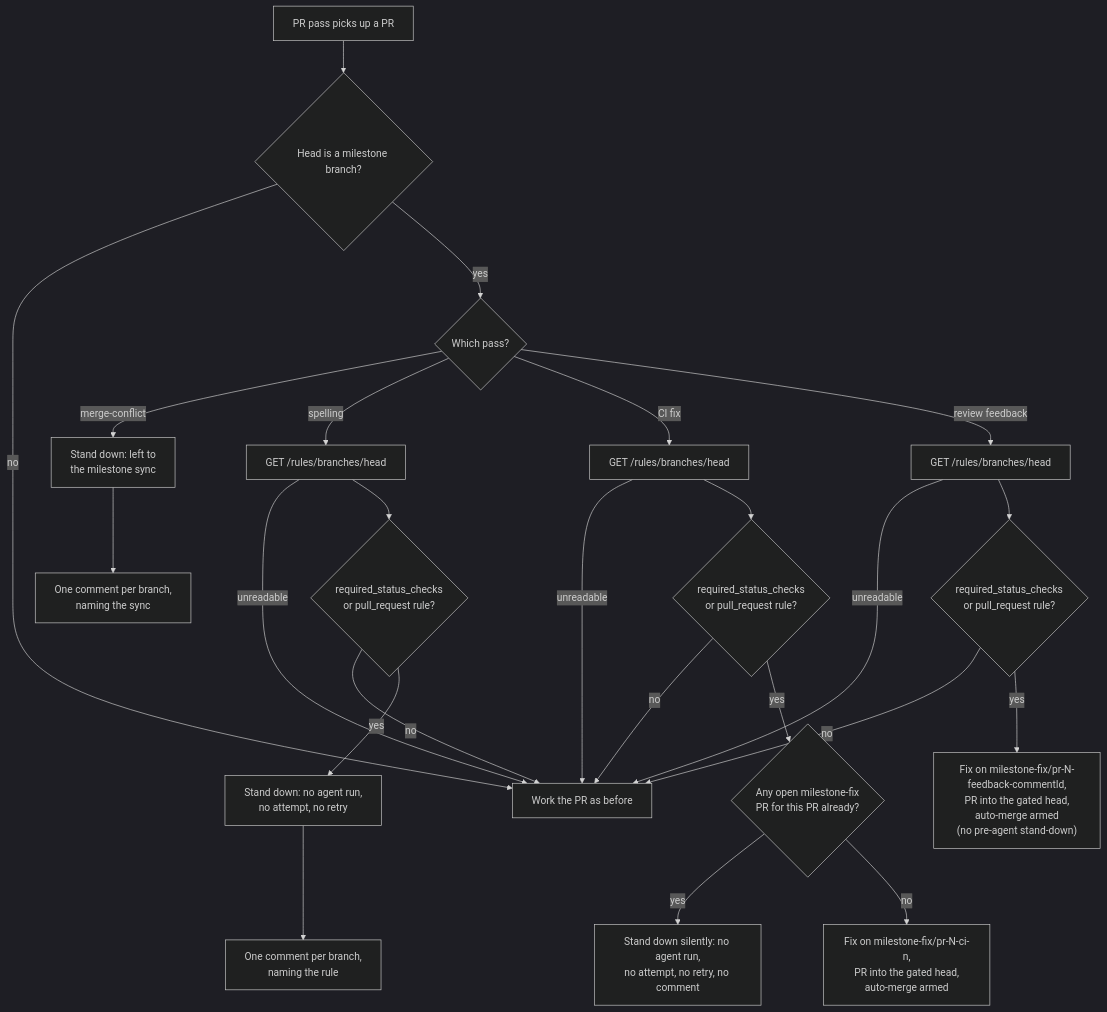
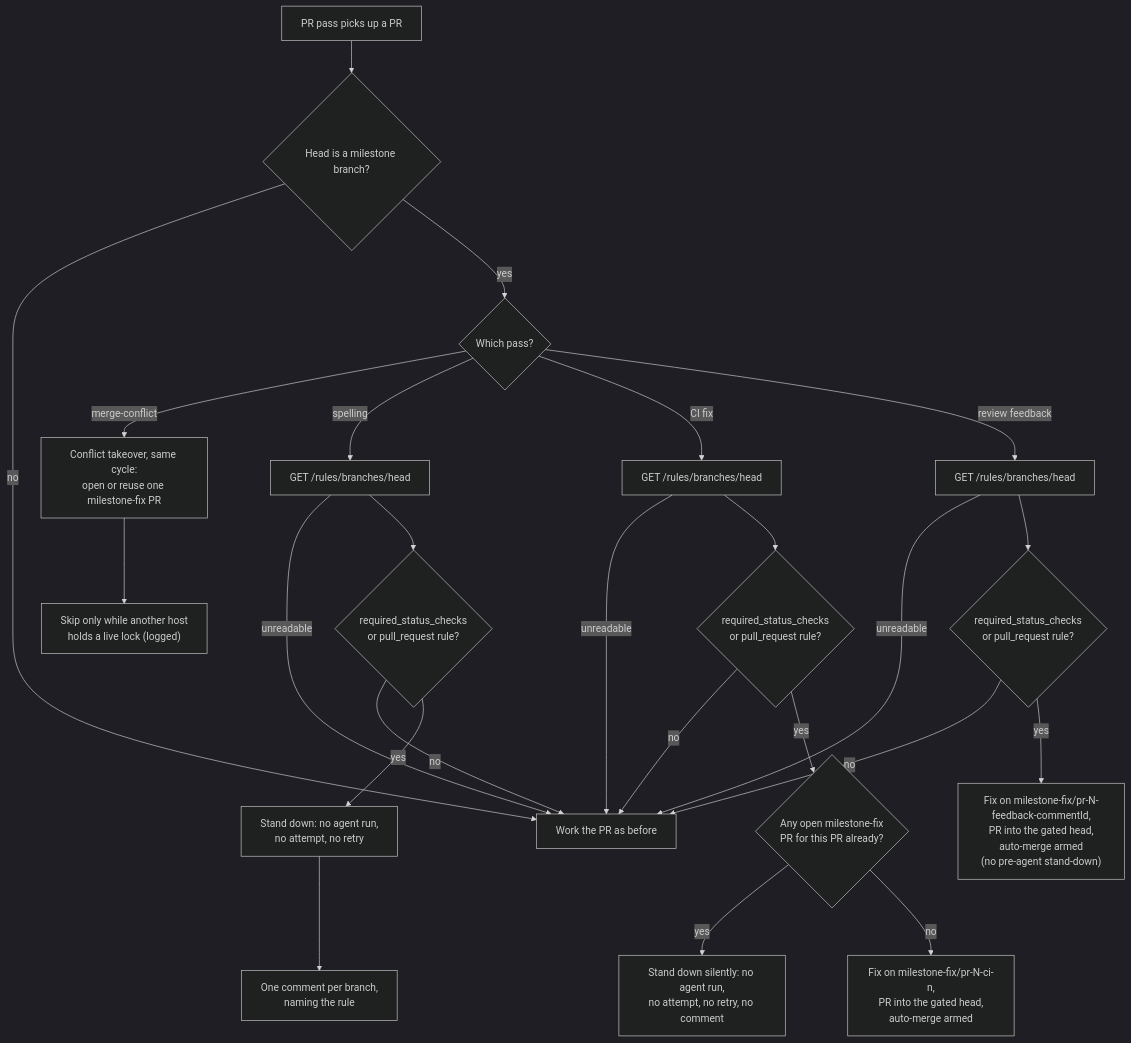
The tenth of 10 diagrams in docs/MERGE.md (stSoftwareAU/VibeCoder), drawn with Mermaid (dark theme) before and after one commit. The commit also changed other lines of this file and 12 other files, not shown here.

````diff
--- a/docs/MERGE.md
+++ b/docs/MERGE.md
@@ -857,26 +857,26 @@
 ```mermaid
 flowchart TD
     A[PR pass picks up a PR] --> B{"Head is a milestone branch?"}
     B -- no --> W[Work the PR as before]
     B -- yes --> M{"Which pass?"}
-    M -- merge-conflict --> S["Stand down: left to<br/>the milestone sync"]
+    M -- merge-conflict --> S["Conflict takeover, same cycle:<br/>open or reuse one milestone-fix PR"]
     M -- spelling --> C[GET /rules/branches/head]
     C -- unreadable --> W
     C --> D{"required_status_checks<br/>or pull_request rule?"}
     D -- no --> W
     D -- yes --> E[Stand down: no agent run,<br/>no attempt, no retry]
     E --> F[One comment per branch,<br/>naming the rule]
-    S --> F2[One comment per branch,<br/>naming the sync]
+    S --> F2["Skip only while another host<br/>holds a live lock (logged)"]
     M -- CI fix --> G[GET /rules/branches/head]
     G -- unreadable --> W
     G --> H{"required_status_checks<br/>or pull_request rule?"}
     H -- no --> W
     H -- yes --> I{"Any open milestone-fix<br/>PR for this PR already?"}
     I -- yes --> J["Stand down silently: no agent run,<br/>no attempt, no retry, no comment"]
     I -- no --> K["Fix on milestone-fix/pr-N-ci-n,<br/>PR into the gated head,<br/>auto-merge armed"]
     M -- review feedback --> G2[GET /rules/branches/head]
     G2 -- unreadable --> W
     G2 --> H2{"required_status_checks<br/>or pull_request rule?"}
     H2 -- no --> W
     H2 -- yes --> K2["Fix on milestone-fix/pr-N-feedback-commentId,<br/>PR into the gated head,<br/>auto-merge armed<br/>(no pre-agent stand-down)"]
 ```
````
